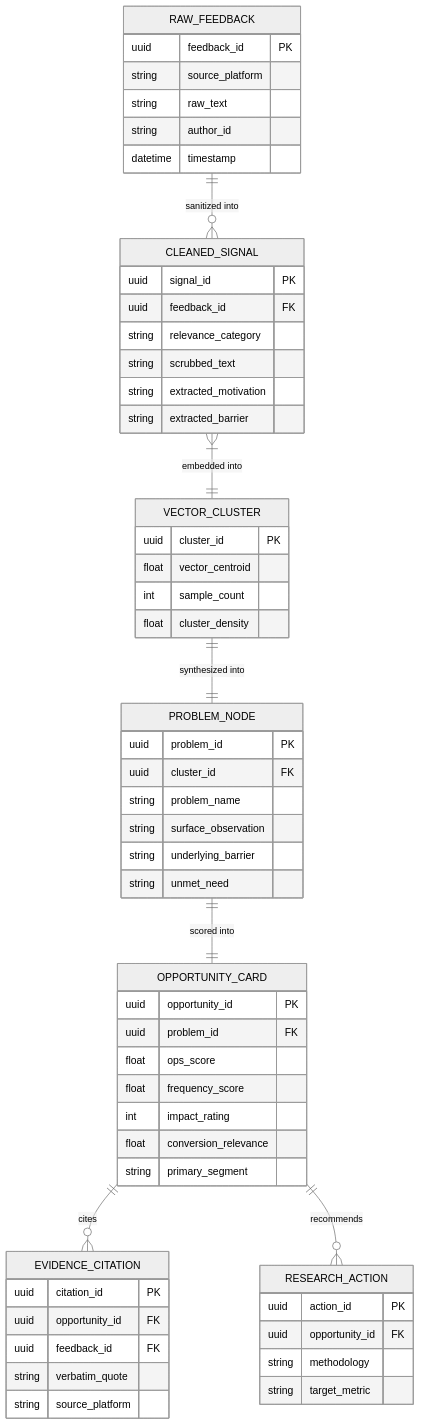
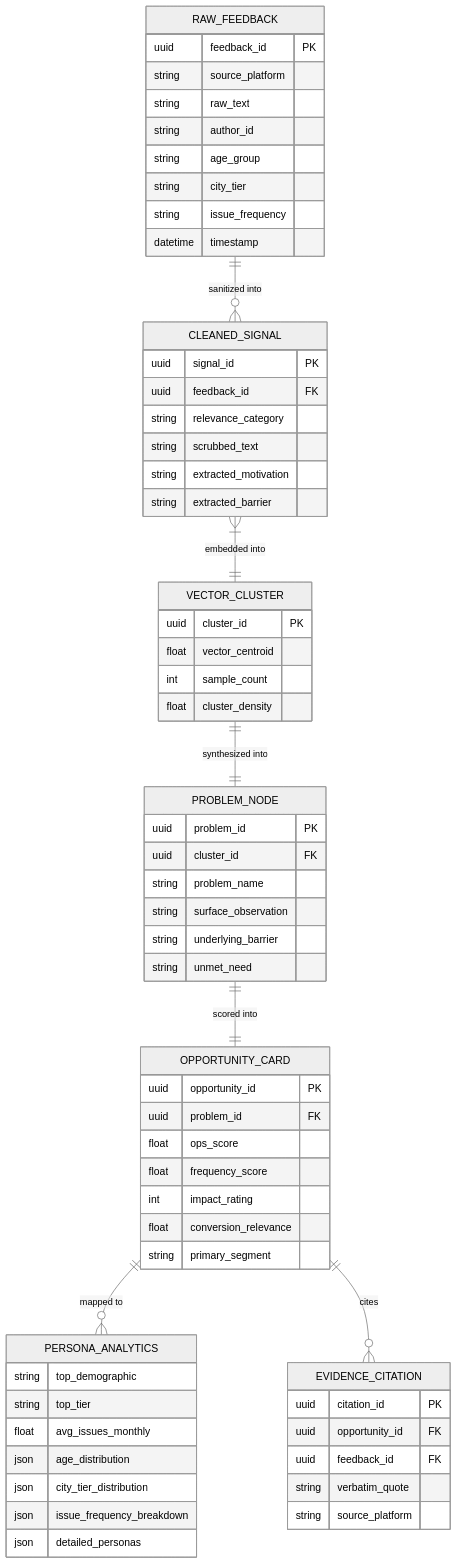
The fifth of 7 diagrams in architecture.md (Teja-Nimushakavi/AI-Powered-Discovery-Engine), drawn with Mermaid (neutral theme) before and after one commit. The commit also changed other lines of this file and 20 other files, not shown here.

````diff
--- a/architecture.md
+++ b/architecture.md
@@ -228,67 +274,73 @@
 ```mermaid
 erDiagram
     RAW_FEEDBACK ||--o{ CLEANED_SIGNAL : "sanitized into"
     CLEANED_SIGNAL }|--|| VECTOR_CLUSTER : "embedded into"
     VECTOR_CLUSTER ||--|| PROBLEM_NODE : "synthesized into"
     PROBLEM_NODE ||--|| OPPORTUNITY_CARD : "scored into"
+    OPPORTUNITY_CARD ||--o{ PERSONA_ANALYTICS : "mapped to"
     OPPORTUNITY_CARD ||--o{ EVIDENCE_CITATION : "cites"
-    OPPORTUNITY_CARD ||--o{ RESEARCH_ACTION : "recommends"
 
     RAW_FEEDBACK {
         uuid feedback_id PK
         string source_platform
         string raw_text
         string author_id
+        string age_group
+        string city_tier
+        string issue_frequency
         datetime timestamp
     }
 
     CLEANED_SIGNAL {
         uuid signal_id PK
         uuid feedback_id FK
         string relevance_category
         string scrubbed_text
         string extracted_motivation
         string extracted_barrier
     }
 
     VECTOR_CLUSTER {
         uuid cluster_id PK
         float vector_centroid
         int sample_count
         float cluster_density
     }
 
     PROBLEM_NODE {
         uuid problem_id PK
         uuid cluster_id FK
         string problem_name
         string surface_observation
         string underlying_barrier
         string unmet_need
     }
 
+    PERSONA_ANALYTICS {
+        string top_demographic
+        string top_tier
+        float avg_issues_monthly
+        json age_distribution
+        json city_tier_distribution
+        json issue_frequency_breakdown
+        json detailed_personas
+    }
+
     OPPORTUNITY_CARD {
         uuid opportunity_id PK
         uuid problem_id FK
         float ops_score
         float frequency_score
         int impact_rating
         float conversion_relevance
         string primary_segment
     }
 
     EVIDENCE_CITATION {
         uuid citation_id PK
         uuid opportunity_id FK
         uuid feedback_id FK
         string verbatim_quote
         string source_platform
     }
-
-    RESEARCH_ACTION {
-        uuid action_id PK
-        uuid opportunity_id FK
-        string methodology
-        string target_metric
-    }
 ```
````
